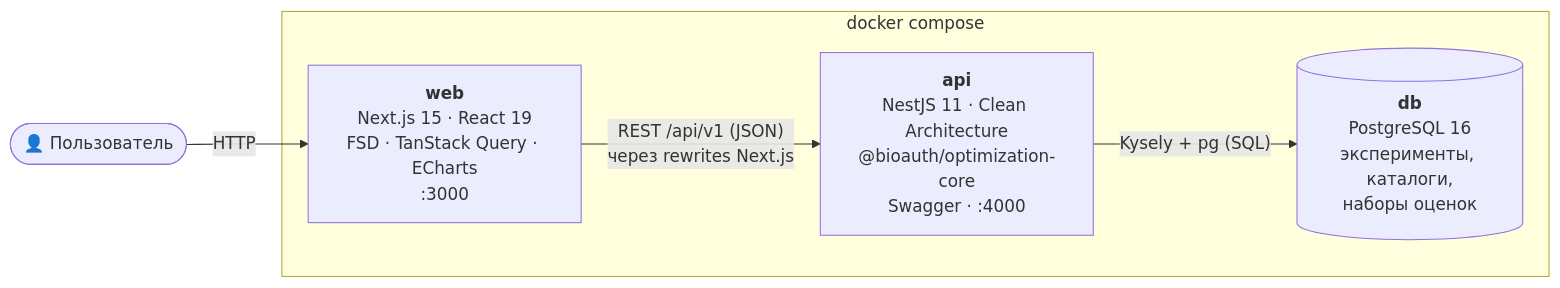
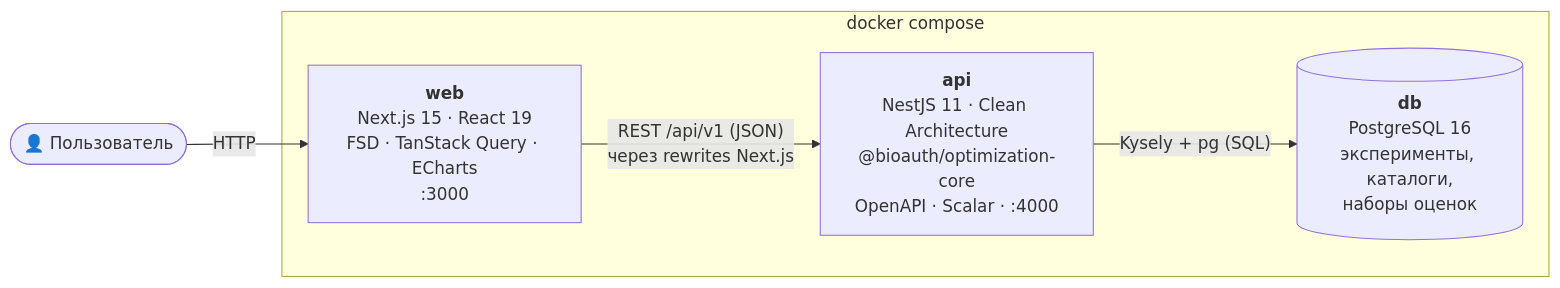
Before and after one commit to DcNi3L/bioauth-optimizer: the diagram in docs/diagrams/03-c4-containers.mmd, drawn with Mermaid. The commit also changed 40 other files, not shown here.

First line of the commit message:
feat(api): справочник API на Scalar вместо Swagger UI (3.1.2)

```diff
--- a/docs/diagrams/03-c4-containers.mmd
+++ b/docs/diagrams/03-c4-containers.mmd
@@ -1,10 +1,10 @@
 flowchart LR
   user(["👤 Пользователь"])
   subgraph compose["docker compose"]
     web["<b>web</b><br/>Next.js 15 · React 19<br/>FSD · TanStack Query · ECharts<br/>:3000"]
-    api["<b>api</b><br/>NestJS 11 · Clean Architecture<br/>@bioauth/optimization-core<br/>Swagger · :4000"]
+    api["<b>api</b><br/>NestJS 11 · Clean Architecture<br/>@bioauth/optimization-core<br/>OpenAPI · Scalar · :4000"]
     db[("<b>db</b><br/>PostgreSQL 16<br/>эксперименты, каталоги,<br/>наборы оценок")]
   end
   user -->|HTTP| web
   web -->|"REST /api/v1 (JSON)<br/>через rewrites Next.js"| api
   api -->|"Kysely + pg (SQL)"| db
```
